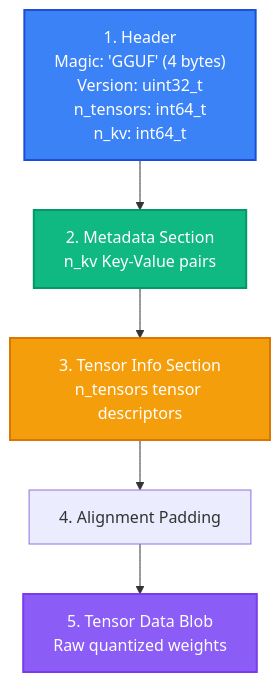
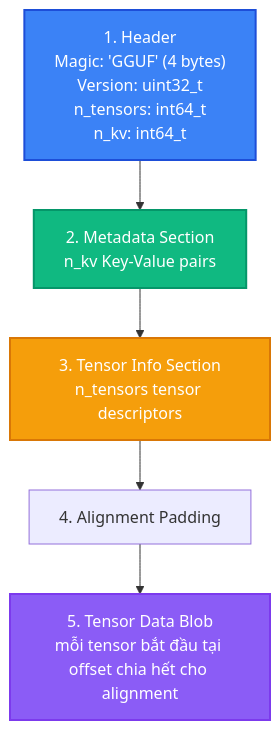
One commit to tuandung222/llama-cpp-architecture-lectures changed the diagram in docs/lesson_2_gguf_binary_format.md. Above: the diagram before and after it, drawn with Mermaid. The commit also changed other lines of this file and 10 other files, not shown here.

````diff
--- a/docs/lesson_2_gguf_binary_format.md
+++ b/docs/lesson_2_gguf_binary_format.md
@@ -29,12 +28,12 @@
 ```mermaid
 graph TD
     H["1. Header\nMagic: 'GGUF' (4 bytes)\nVersion: uint32_t\nn_tensors: int64_t\nn_kv: int64_t"] --> KV["2. Metadata Section\nn_kv Key-Value pairs"]
     KV --> TI["3. Tensor Info Section\nn_tensors tensor descriptors"]
     TI --> PAD["4. Alignment Padding"]
-    PAD --> TD["5. Tensor Data Blob\nRaw quantized weights"]
+    PAD --> TD["5. Tensor Data Blob\nmỗi tensor bắt đầu tại offset chia hết cho alignment"]
 
     style H fill:#3b82f6,stroke:#1d4ed8,stroke-width:2px,color:#fff
     style KV fill:#10b981,stroke:#059669,stroke-width:2px,color:#fff
     style TI fill:#f59e0b,stroke:#d97706,stroke-width:2px,color:#fff
     style TD fill:#8b5cf6,stroke:#7c3aed,stroke-width:2px,color:#fff
 ```
````
